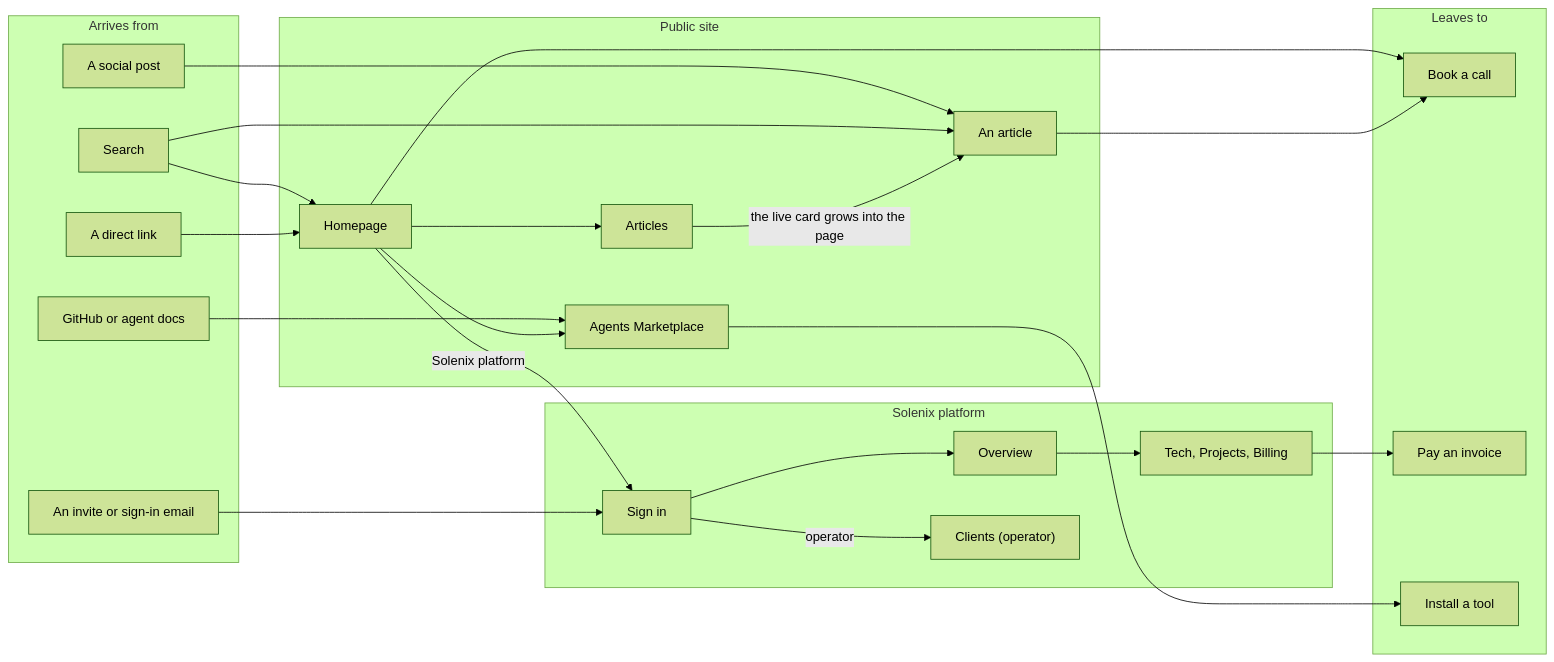
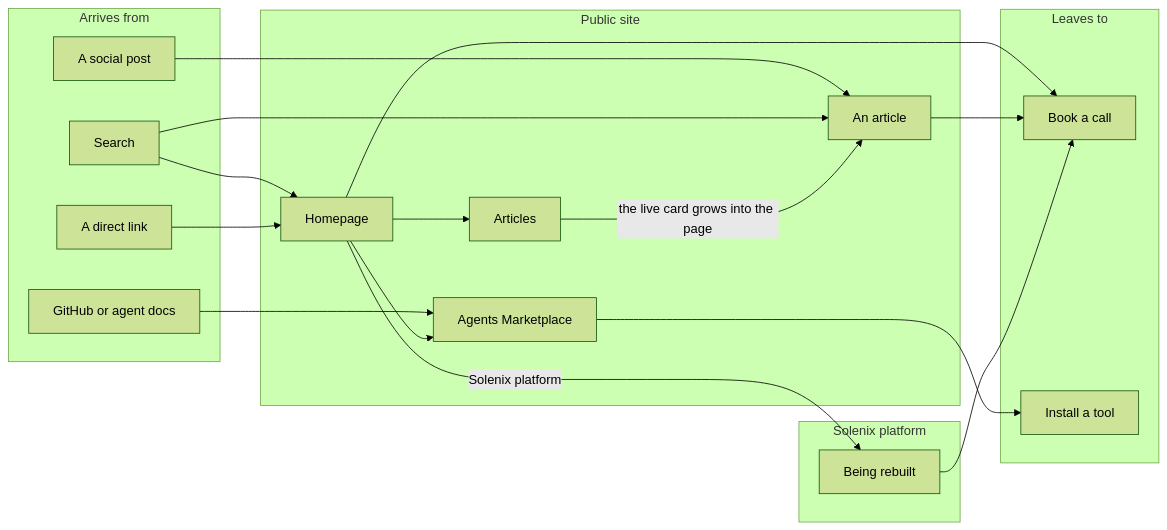
Before and after one commit to SolenixAI/solenix.dev: the first of 8 diagrams in design/journeys.md, drawn with Mermaid (forest theme). The commit also changed other lines of this file and 84 other files, not shown here.

````diff
--- a/design/journeys.md
+++ b/design/journeys.md
@@ -27,41 +27,33 @@
 ```mermaid
 flowchart LR
   subgraph IN["Arrives from"]
     SOC["A social post"]
     SEA["Search"]
     DIR["A direct link"]
     DEV["GitHub or agent docs"]
-    MAIL_IN["An invite or sign-in email"]
   end
   subgraph SITE["Public site"]
     HOME["Homepage"]
     ART["Articles"]
     PAGE["An article"]
     AGT["Agents Marketplace"]
   end
-  subgraph PORTAL["Solenix platform"]
-    LOG["Sign in"]
-    OVR["Overview"]
-    WORK["Tech, Projects, Billing"]
-    ADM["Clients (operator)"]
+  subgraph PLAT["Solenix platform"]
+    REB["Being rebuilt"]
   end
   subgraph OUT["Leaves to"]
     BOOK["Book a call"]
-    PAY["Pay an invoice"]
     INSTALL["Install a tool"]
   end
   SOC --> PAGE
   SEA --> HOME
   SEA --> PAGE
   DIR --> HOME
   DEV --> AGT
-  MAIL_IN --> LOG
   HOME --> ART -->|"the live card grows into the page"| PAGE
   HOME --> AGT
   HOME --> BOOK
   PAGE --> BOOK
-  HOME -->|"Solenix platform"| LOG
-  LOG --> OVR --> WORK --> PAY
-  LOG -->|"operator"| ADM
+  HOME -->|"Solenix platform"| REB --> BOOK
   AGT --> INSTALL
 ```
````
